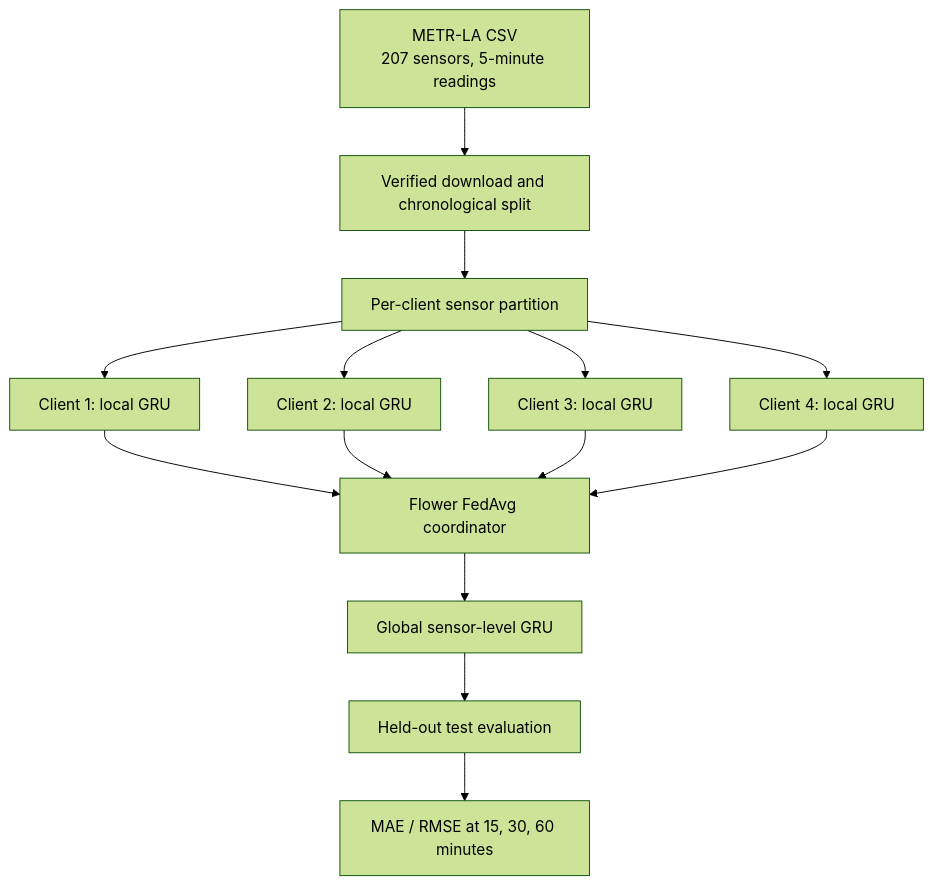
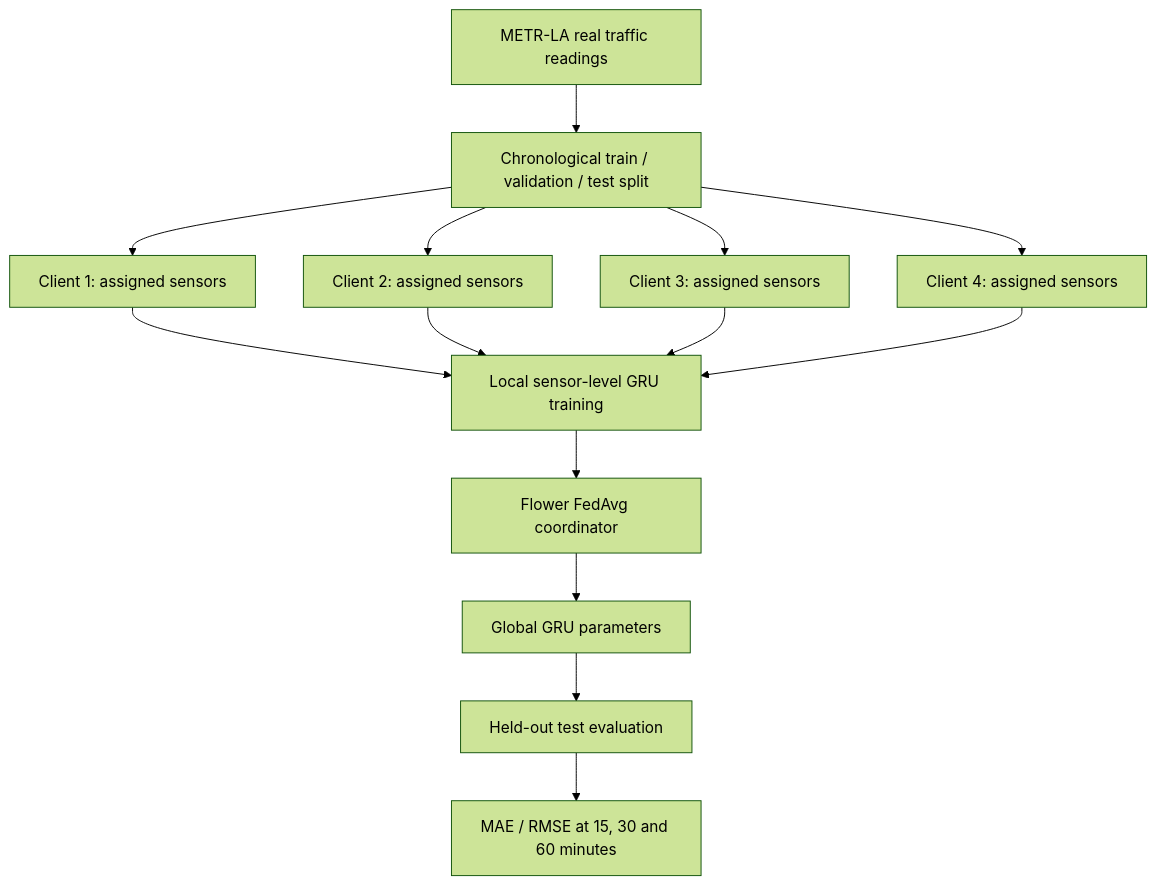
Before and after one commit to graduationlearn-wq/TrafficFL: the diagram in docs/architecture.md, drawn with Mermaid (forest theme). The commit also changed other lines of this file and 6 other files, not shown here.

````diff
--- a/docs/architecture.md
+++ b/docs/architecture.md
@@ -5,16 +5,16 @@
 ```mermaid
 flowchart TD
-    A[METR-LA CSV<br/>207 sensors, 5-minute readings] --> B[Verified download and chronological split]
-    B --> C[Per-client sensor partition]
-    C --> D[Client 1: local GRU]
-    C --> E[Client 2: local GRU]
-    C --> F[Client 3: local GRU]
-    C --> G[Client 4: local GRU]
-    D --> H[Flower FedAvg coordinator]
-    E --> H
-    F --> H
-    G --> H
-    H --> I[Global sensor-level GRU]
-    I --> J[Held-out test evaluation]
-    J --> K[MAE / RMSE at 15, 30, 60 minutes]
+    A[METR-LA real traffic readings] --> B[Chronological train / validation / test split]
+    B --> C1[Client 1: assigned sensors]
+    B --> C2[Client 2: assigned sensors]
+    B --> C3[Client 3: assigned sensors]
+    B --> C4[Client 4: assigned sensors]
+    C1 --> D[Local sensor-level GRU training]
+    C2 --> D
+    C3 --> D
+    C4 --> D
+    D --> E[Flower FedAvg coordinator]
+    E --> F[Global GRU parameters]
+    F --> G[Held-out test evaluation]
+    G --> H[MAE / RMSE at 15, 30 and 60 minutes]
 ```
````
